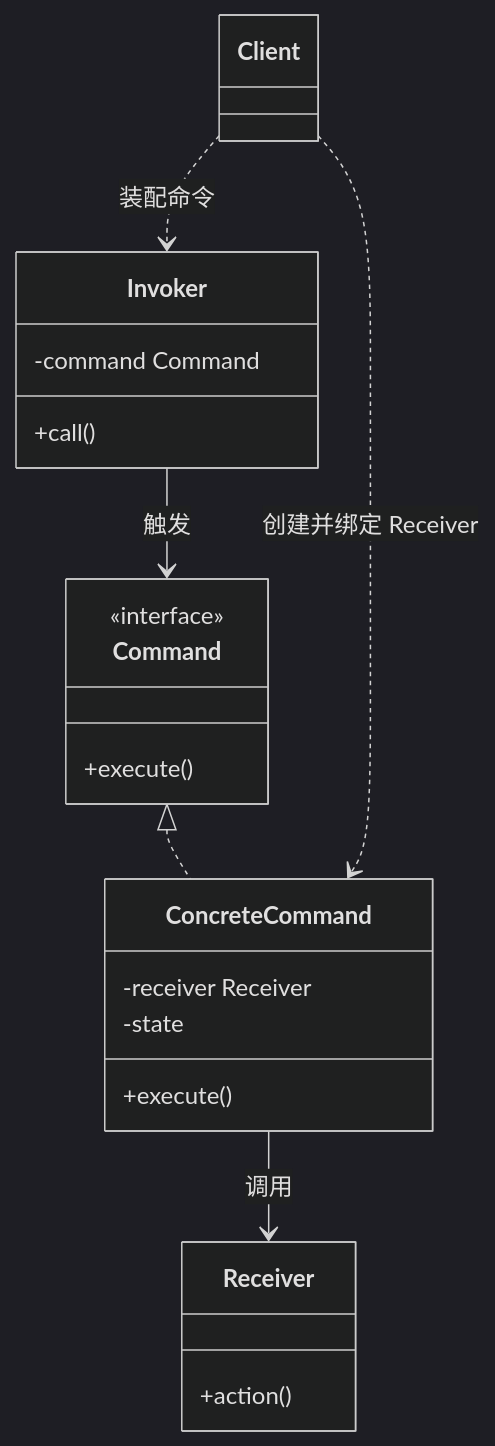
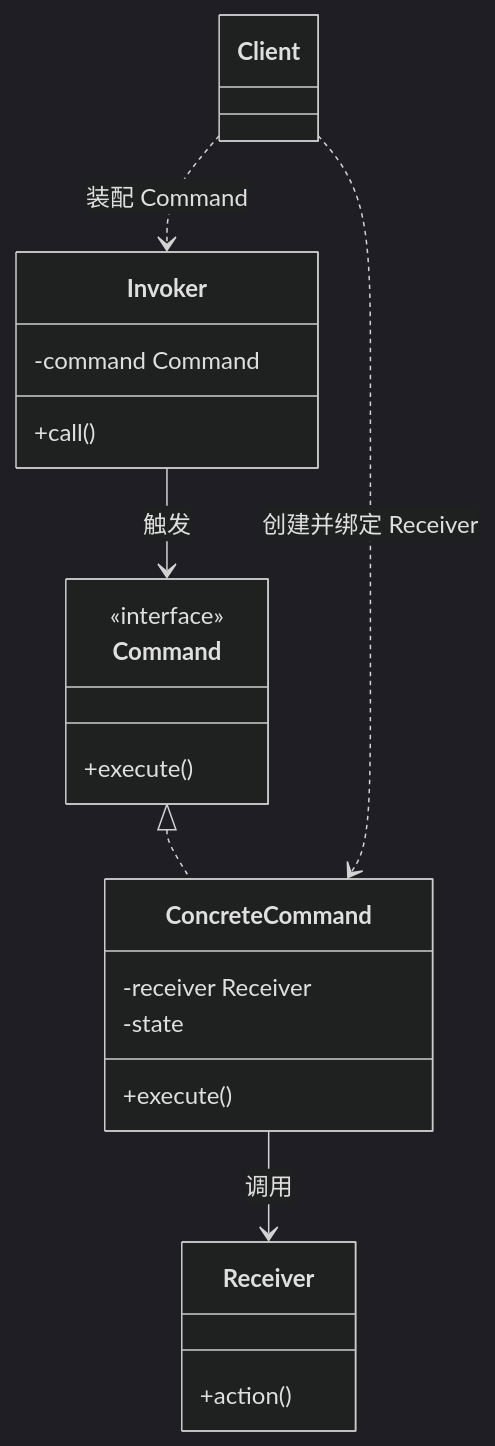
The second of 11 diagrams in 设计模式/GoF/03-Behavioral-Patterns.md (coswit/coswit.github.io), drawn with Mermaid (dark theme) before and after one commit. The commit also changed other lines of this file and 11 other files, not shown here.

````diff
--- a/设计模式/GoF/03-Behavioral-Patterns.md
+++ b/设计模式/GoF/03-Behavioral-Patterns.md
@@ -156,25 +192,25 @@
 ```mermaid
 classDiagram
     class Command {
         <<interface>>
         +execute()
     }
     class ConcreteCommand {
         -receiver Receiver
         -state
         +execute()
     }
     class Invoker {
         -command Command
         +call()
     }
     class Receiver {
         +action()
     }
     class Client
     Command <|.. ConcreteCommand
     Invoker --> Command : 触发
     ConcreteCommand --> Receiver : 调用
     Client ..> ConcreteCommand : 创建并绑定 Receiver
-    Client ..> Invoker : 装配命令
+    Client ..> Invoker : 装配 Command
 ```
````
